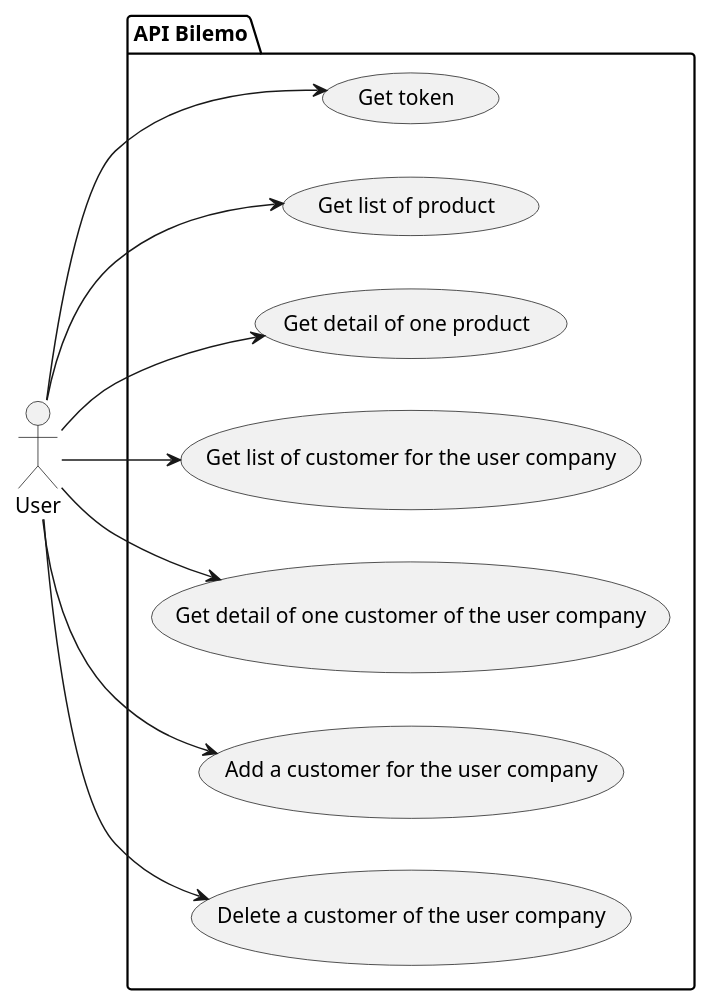
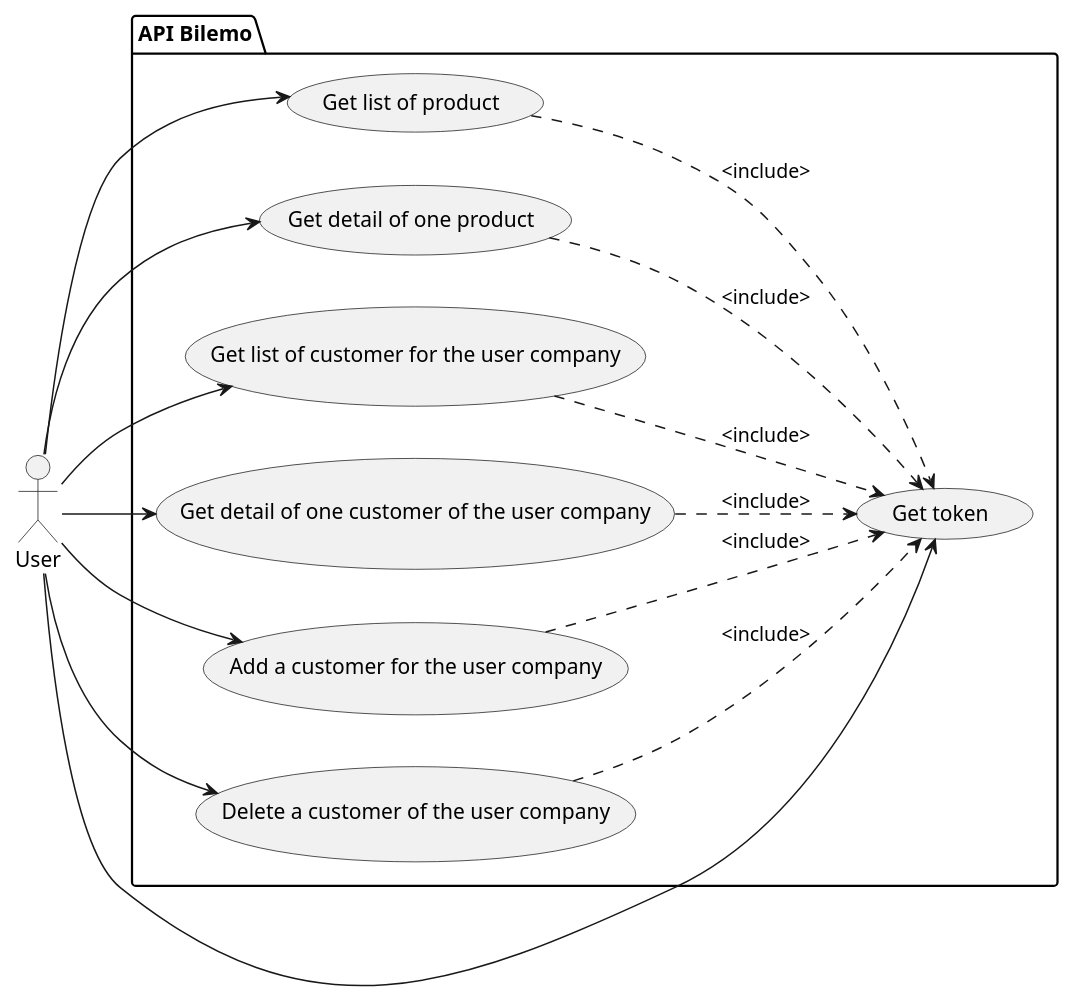
One commit to clopenclassrooms/p7 changed the diagram in UML/src/userCase.plantuml. Above: the diagram before and after it, drawn with PlantUML. The commit also changed 39 other files, not shown here.

```diff
--- a/UML/src/userCase.plantuml
+++ b/UML/src/userCase.plantuml
@@ -1,22 +1,29 @@
 @startuml ""
 left to right direction
 actor User as g
 
 package "API Bilemo" {
   usecase "Get token" as UC1
   usecase "Get list of product" as UC2
   usecase "Get detail of one product" as UC3
   usecase "Get list of customer for the user company" as UC4
   usecase "Get detail of one customer of the user company" as UC5
   usecase "Add a customer for the user company" as UC6
   usecase "Delete a customer of the user company" as UC7
 }
 
 g --> UC1
 g --> UC2
 g --> UC3
 g --> UC4
 g --> UC5
 g --> UC6
 g --> UC7
+
+UC2 ..> UC1 : <include>
+UC3 ..> UC1 : <include>
+UC4 ..> UC1 : <include>
+UC5 ..> UC1 : <include>
+UC6 ..> UC1 : <include>
+UC7 ..> UC1 : <include>
 @enduml
```
